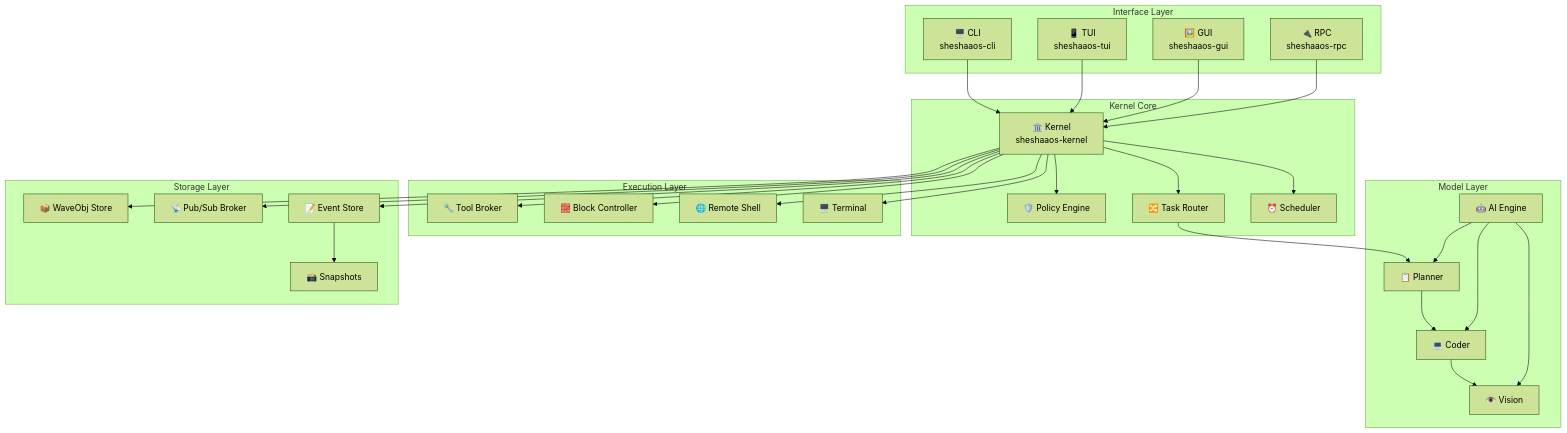
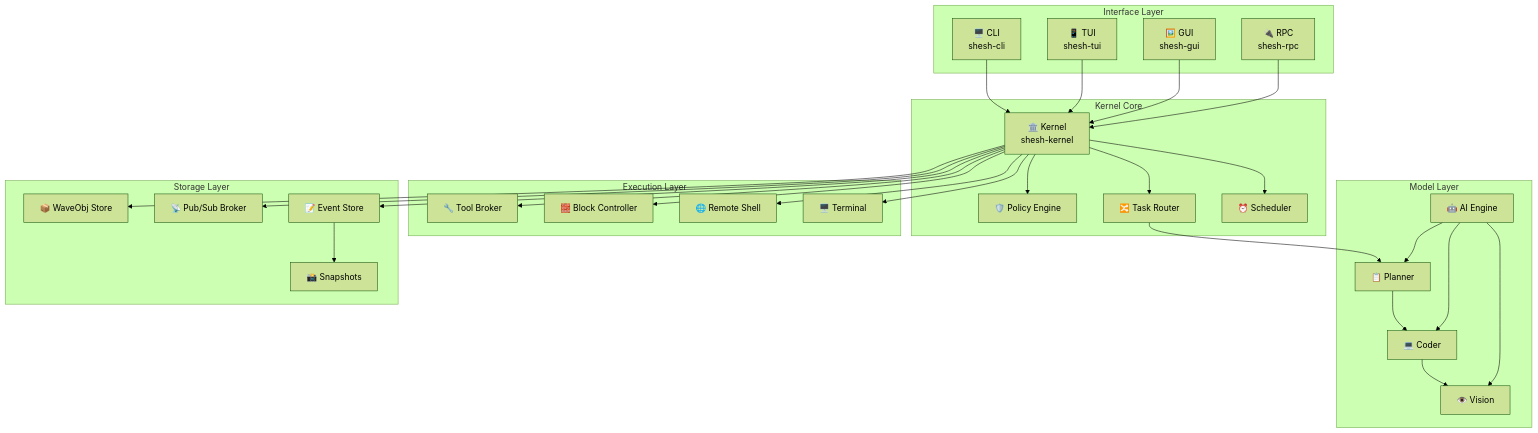
One commit to gaganjainse/SheshAOS changed the third of 5 diagrams in README.md. Above: the diagram before and after it, drawn with Mermaid (forest theme). The commit also changed other lines of this file and 244 other files, not shown here.

First line of the commit message:
feat: sheshaaos-*→shesh-* crate rename + REAL russh-0.43 port + zero-warning gate

````diff
--- a/README.md
+++ b/README.md
@@ -244,64 +244,64 @@
 ```mermaid
 graph TB
     subgraph "Interface Layer"
-        CLI["🖥️ CLI<br/>sheshaaos-cli"]
-        TUI["📱 TUI<br/>sheshaaos-tui"]
-        GUI["🖼️ GUI<br/>sheshaaos-gui"]
-        RPC["🔌 RPC<br/>sheshaaos-rpc"]
+        CLI["🖥️ CLI<br/>shesh-cli"]
+        TUI["📱 TUI<br/>shesh-tui"]
+        GUI["🖼️ GUI<br/>shesh-gui"]
+        RPC["🔌 RPC<br/>shesh-rpc"]
     end
 
     subgraph "Kernel Core"
-        KERNEL["🏛️ Kernel<br/>sheshaaos-kernel"]
+        KERNEL["🏛️ Kernel<br/>shesh-kernel"]
         POLICY["🛡️ Policy Engine"]
         ROUTER["🔀 Task Router"]
         SCHEDULER["⏰ Scheduler"]
     end
 
     subgraph "Model Layer"
         PLANNER["📋 Planner"]
         CODER["💻 Coder"]
         VISION["👁️ Vision"]
         AI["🤖 AI Engine"]
     end
 
     subgraph "Execution Layer"
         TOOLS["🔧 Tool Broker"]
         BLOCKCTL["🧱 Block Controller"]
         REMOTE["🌐 Remote Shell"]
         TERMINAL["🖥️ Terminal"]
     end
 
     subgraph "Storage Layer"
         WAVEOBJ["📦 WaveObj Store"]
         WPS["📡 Pub/Sub Broker"]
         EVENTSTORE["📝 Event Store"]
         SNAPSHOT["📸 Snapshots"]
     end
 
     CLI --> KERNEL
     TUI --> KERNEL
     GUI --> KERNEL
     RPC --> KERNEL
 
     KERNEL --> POLICY
     KERNEL --> ROUTER
     KERNEL --> SCHEDULER
 
     ROUTER --> PLANNER
     PLANNER --> CODER
     CODER --> VISION
 
     KERNEL --> TOOLS
     KERNEL --> BLOCKCTL
     KERNEL --> REMOTE
     KERNEL --> TERMINAL
 
     KERNEL --> WAVEOBJ
     KERNEL --> WPS
     KERNEL --> EVENTSTORE
     EVENTSTORE --> SNAPSHOT
 
     AI --> PLANNER
     AI --> CODER
     AI --> VISION
 ```
````
